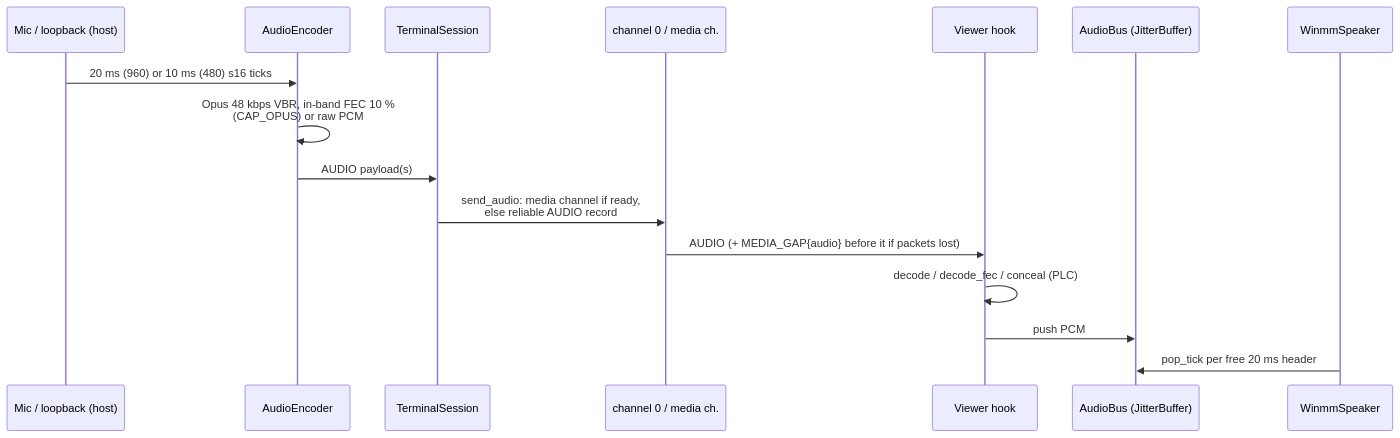
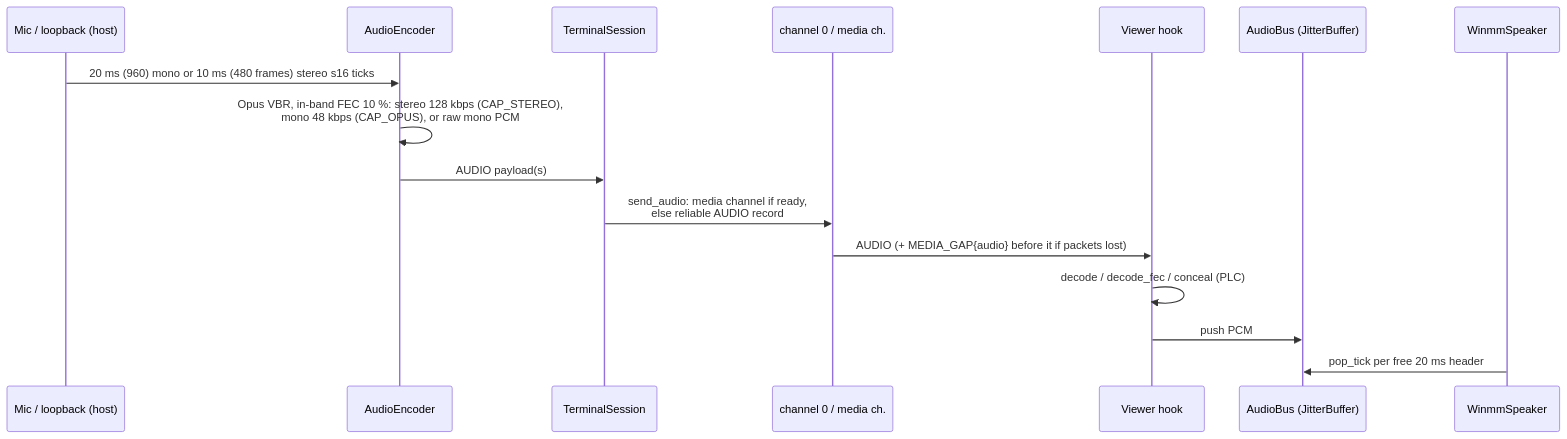
Before and after one commit to viceduong/openview: the fifth of 5 diagrams in docs/MEDIA_PIPELINE.md, drawn with Mermaid. The commit also changed other lines of this file and 95 other files, not shown here.

First line of the commit message:
Optimisation phase 1: latency telemetry, encoder/present/FEC, smooth scroll, stereo

````diff
--- a/docs/MEDIA_PIPELINE.md
+++ b/docs/MEDIA_PIPELINE.md
@@ -446,18 +458,18 @@
 ```mermaid
 sequenceDiagram
   participant Mic as Mic / loopback (host)
   participant AE as AudioEncoder
   participant TS as TerminalSession
   participant Net as channel 0 / media ch.
   participant V as Viewer hook
   participant JB as AudioBus (JitterBuffer)
   participant Spk as WinmmSpeaker
-  Mic->>AE: 20 ms (960) or 10 ms (480) s16 ticks
-  AE->>AE: Opus 48 kbps VBR, in-band FEC 10 %<br/>(CAP_OPUS) or raw PCM
+  Mic->>AE: 20 ms (960) mono or 10 ms (480 frames) stereo s16 ticks
+  AE->>AE: Opus VBR, in-band FEC 10 %: stereo 128 kbps (CAP_STEREO),<br/>mono 48 kbps (CAP_OPUS), or raw mono PCM
   AE->>TS: AUDIO payload(s)
   TS->>Net: send_audio: media channel if ready,<br/>else reliable AUDIO record
   Net->>V: AUDIO (+ MEDIA_GAP{audio} before it if packets lost)
   V->>V: decode / decode_fec / conceal (PLC)
   V->>JB: push PCM
   Spk->>JB: pop_tick per free 20 ms header
 ```
````
